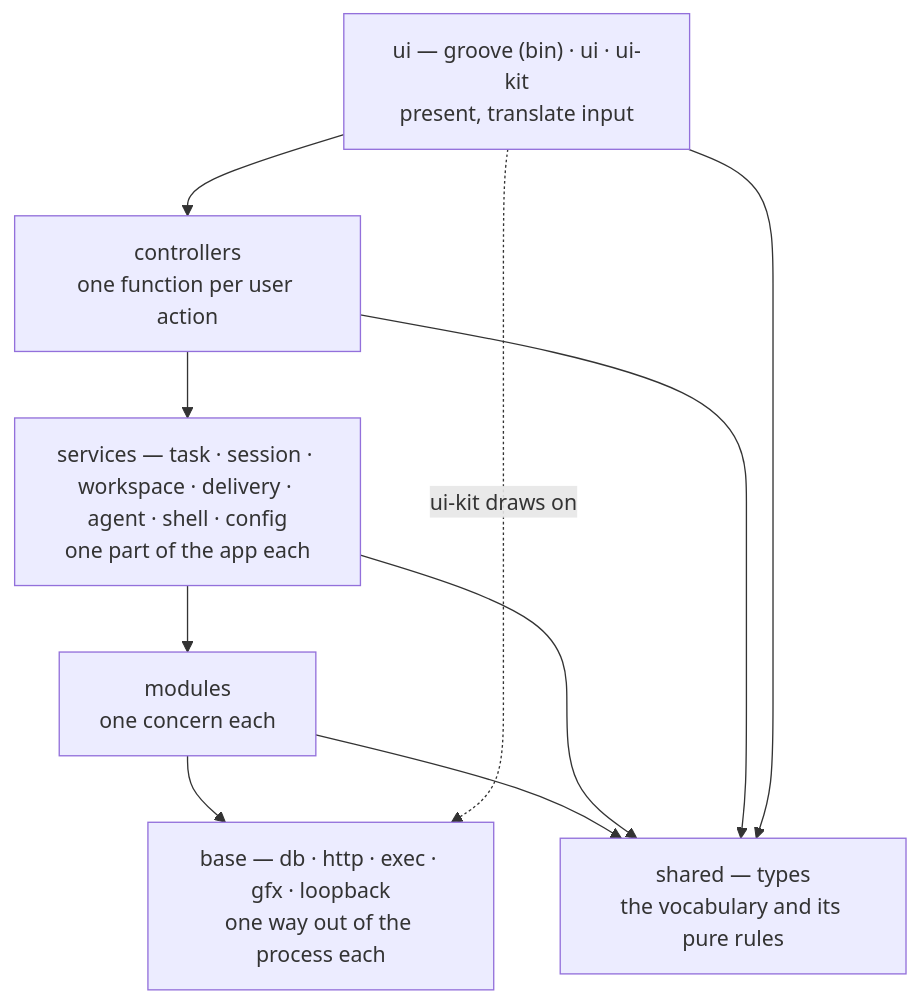
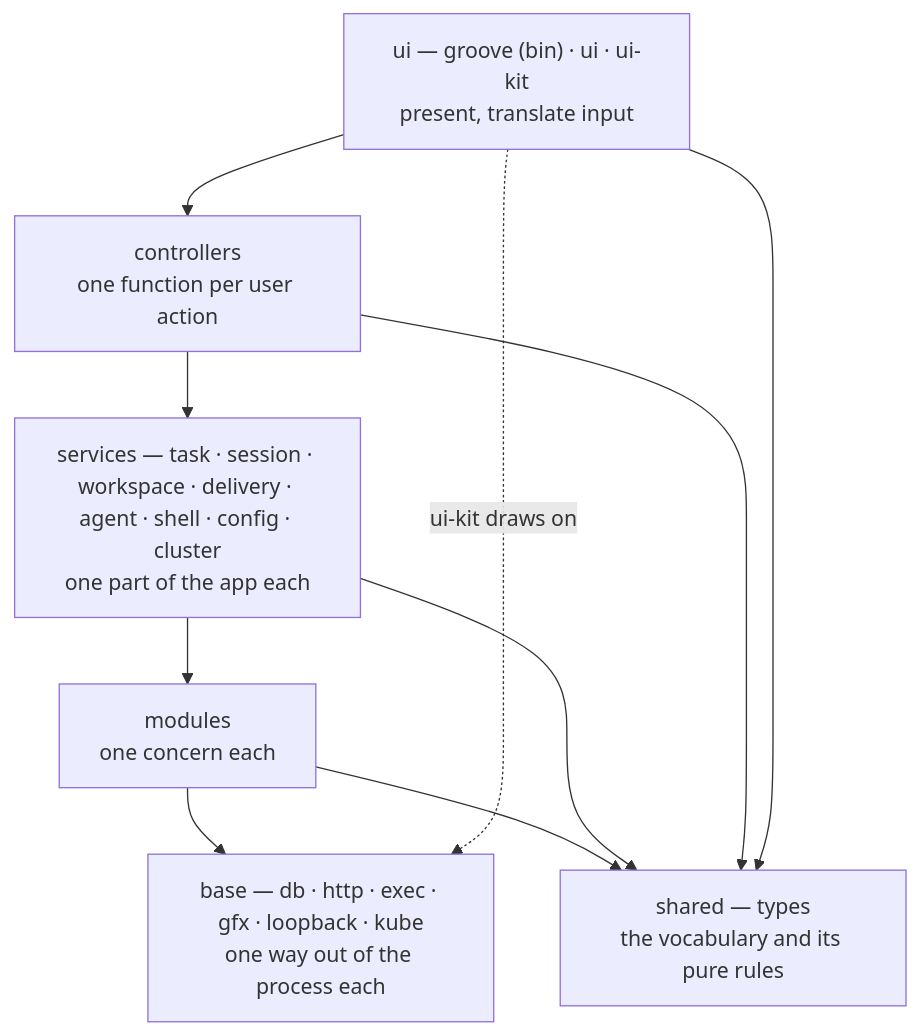
One commit to haoov/groove changed the first of 2 diagrams in docs/architecture.md. Above: the diagram before and after it, drawn with Mermaid. The commit also changed 32 other files, not shown here.

Commit message:
feat(cluster): add the kube client and the cluster service (#79)

````diff
--- a/docs/architecture.md
+++ b/docs/architecture.md
@@ -9,15 +9,15 @@
 ```mermaid
 flowchart TD
     ui["ui — groove (bin) · ui · ui-kit<br/>present, translate input"]
     controllers["controllers<br/>one function per user action"]
-    services["services — task · session · workspace · delivery · agent · shell · config<br/>one part of the app each"]
+    services["services — task · session · workspace · delivery · agent · shell · config · cluster<br/>one part of the app each"]
     modules["modules<br/>one concern each"]
-    base["base — db · http · exec · gfx · loopback<br/>one way out of the process each"]
+    base["base — db · http · exec · gfx · loopback · kube<br/>one way out of the process each"]
     shared["shared — types<br/>the vocabulary and its pure rules"]
     ui --> controllers --> services --> modules --> base
     ui -. "ui-kit draws on" .-> base
     modules --> shared
     services --> shared
     controllers --> shared
     ui --> shared
 ```
````
